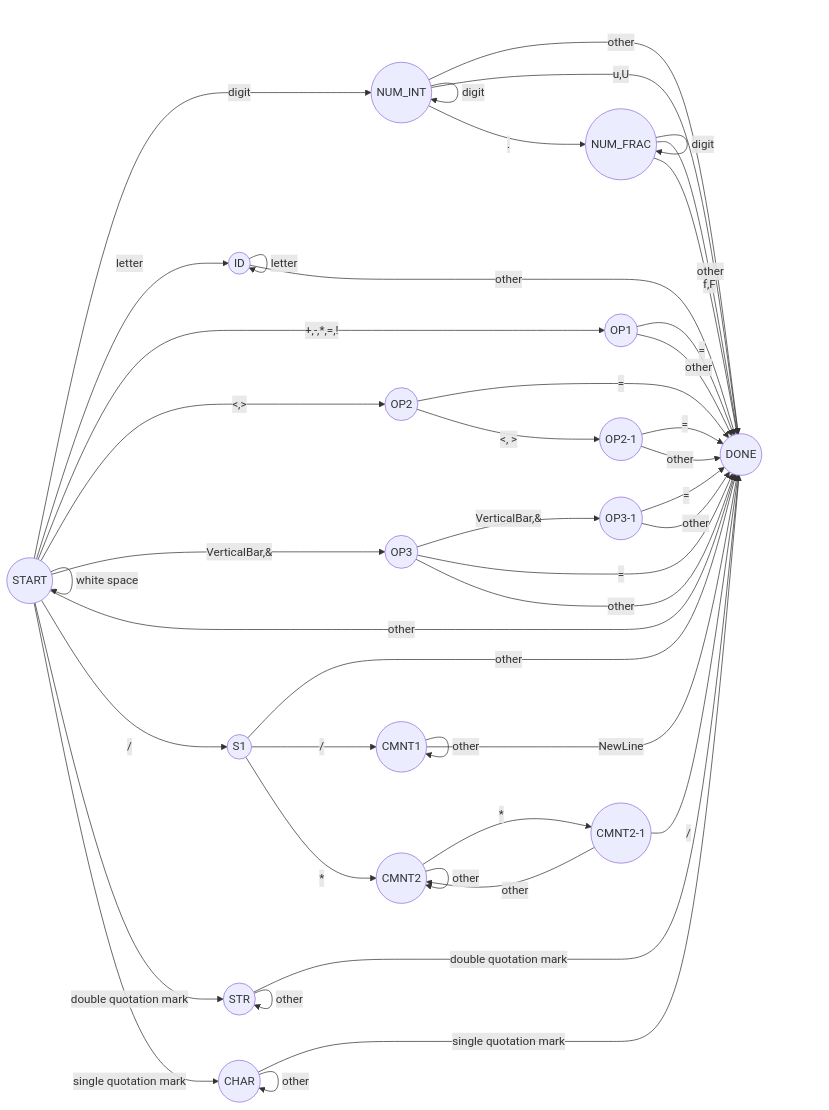
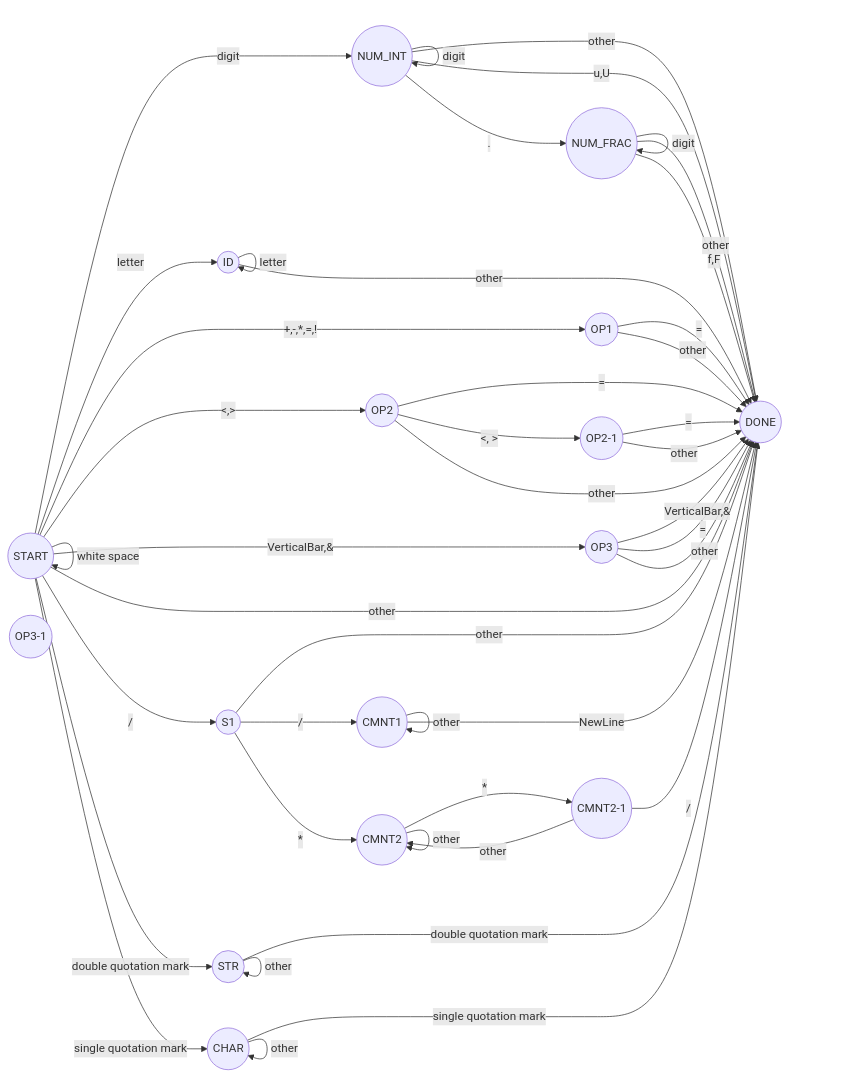
Diagram 16 of 16 in doc/2_scanning.md (trip2eee/compiler), drawn with Mermaid before and after one commit. The commit also changed 3 other files, not shown here.

````diff
--- a/doc/2_scanning.md
+++ b/doc/2_scanning.md
@@ -226,79 +226,78 @@
 ```mermaid
 graph LR
   START(( START ))
   DONE(( DONE ))
   NUM_INT(( NUM_INT ))
   NUM_FRAC(( NUM_FRAC ))
   ID(( ID ))
   S1(( S1 ))
   OP1(( OP1 ))
   OP2(( OP2 ))
   OP2-1(( OP2-1 ))
   OP3(( OP3 ))
   OP3-1(( OP3-1 ))
 
   C1(( CMNT1 ))
   C2(( CMNT2 ))
   C2-1(( CMNT2-1 ))
 
   STR(( STR ))
   CHAR(( CHAR ))
 
   START -- digit --> NUM_INT
   START -- white space --> START
   NUM_INT -- digit --> NUM_INT
   NUM_INT -- other --> DONE
   NUM_INT -- u,U --> DONE
   NUM_INT -- . --> NUM_FRAC
 
   NUM_FRAC -- digit --> NUM_FRAC
   NUM_FRAC -- other --> DONE
   NUM_FRAC -- f,F --> DONE
   
   START -- letter --> ID
   ID -- digit --> ID
   ID -- letter --> ID
   ID -- other --> DONE
 
   START -- +,-,*,=,! --> OP1
   OP1 -- = --> DONE
   OP1 -- other --> DONE
 
   START -- <,> --> OP2
   OP2 -- = --> DONE
   OP2 -- <, > --> OP2-1
+  OP2 -- other --> DONE
   OP2-1 -- = --> DONE
   OP2-1 -- other --> DONE
   
   START -- VerticalBar,&--> OP3
-  OP3 -- VerticalBar,&--> OP3-1
+  OP3 -- VerticalBar,&--> DONE
   OP3 -- = --> DONE
   OP3 -- other --> DONE
-  OP3-1 -- = --> DONE
-  OP3-1 -- other --> DONE
 
 
   START -- other --> DONE
 
   START -- / --> S1
   S1 -- other --> DONE
 
   S1 -- / --> C1
   C1 -- other --> C1
   C1 -- NewLine --> DONE
 
   S1 -- * --> C2
   C2 -- * --> C2-1
   C2 -- other --> C2
   C2-1 -- / --> DONE
   C2-1 -- other --> C2
 
   START -- double quotation mark --> STR
   STR -- double quotation mark --> DONE
   STR -- other --> STR
 
   START -- single quotation mark --> CHAR
   CHAR -- single quotation mark --> DONE
   CHAR -- other --> CHAR
 
 ```
````
